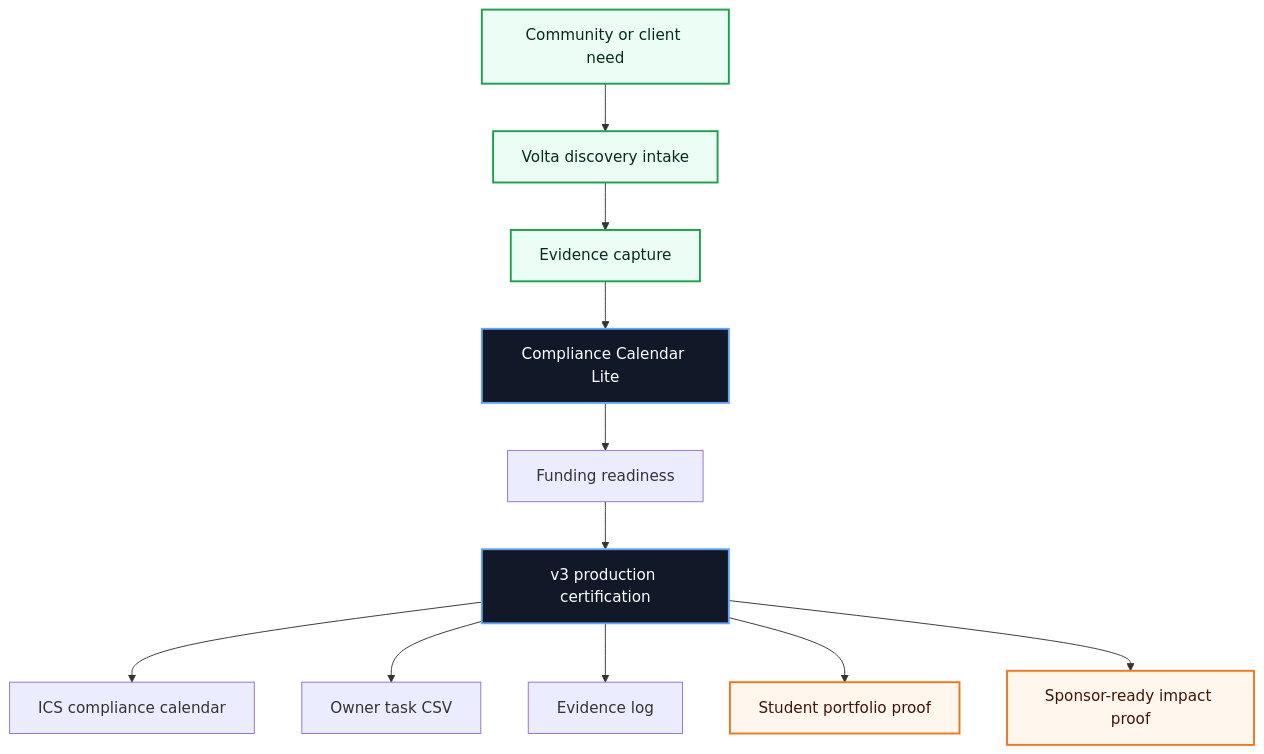
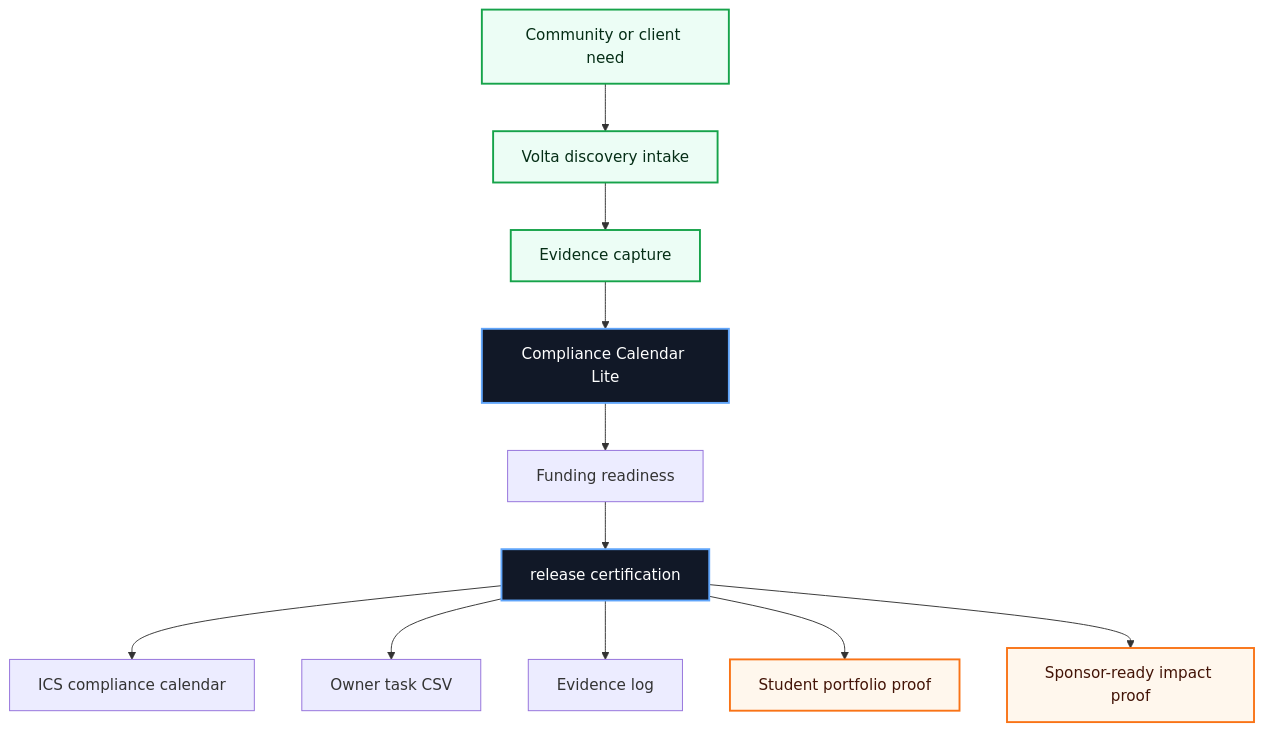
One commit to volta-npo/compliance-calendar-lite changed the first of 3 diagrams in README.md. Above: the diagram before and after it, drawn with Mermaid. The commit also changed other lines of this file and 28 other files, not shown here.

````diff
--- a/README.md
+++ b/README.md
@@ -43,20 +43,20 @@
 ```mermaid
 flowchart TD
     Need["Community or client need"] --> Intake["Volta discovery intake"]
     Intake --> Evidence["Evidence capture"]
     Evidence --> Workbench["Compliance Calendar Lite"]
     Workbench --> Score["Funding readiness"]
-    Score --> Cert["v3 production certification"]
+    Score --> Cert["release certification"]
     Cert --> A1["ICS compliance calendar"]
     Cert --> A2["Owner task CSV"]
     Cert --> A3["Evidence log"]
     Cert --> Student["Student portfolio proof"]
     Cert --> Sponsor["Sponsor-ready impact proof"]
 
     classDef volta fill:#111827,stroke:#60a5fa,color:#ffffff,stroke-width:2px;
     classDef equity fill:#ecfdf5,stroke:#16a34a,color:#052e16,stroke-width:2px;
     classDef proof fill:#fff7ed,stroke:#f97316,color:#431407,stroke-width:2px;
     class Workbench,Cert volta;
     class Need,Intake,Evidence equity;
     class Student,Sponsor proof;
 ```
````
